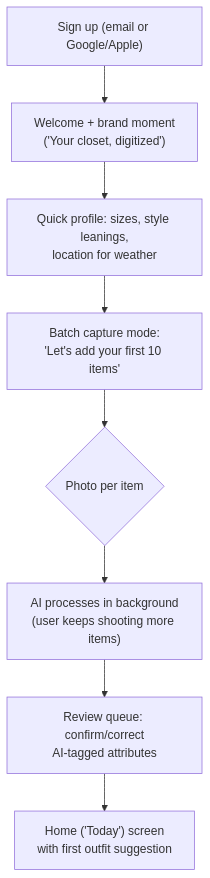
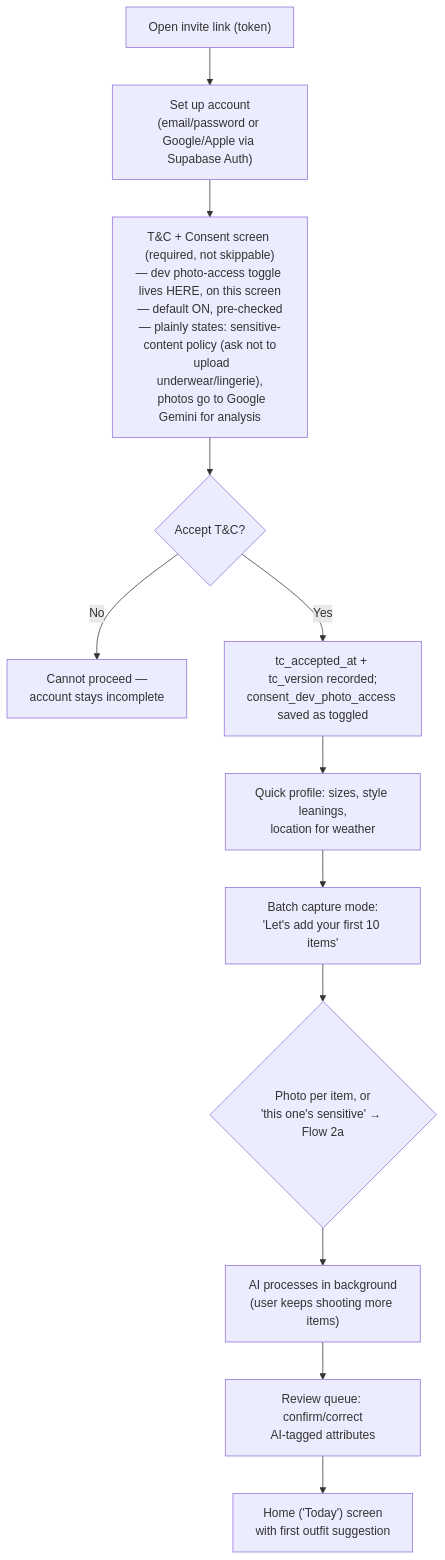
The first of 12 diagrams in docs/design/user-flows.md (vinayakpathak03/everydayjustyou), drawn with Mermaid before and after one commit. The commit also changed other lines of this file and 7 other files, not shown here.

````diff
--- a/docs/design/user-flows.md
+++ b/docs/design/user-flows.md
@@ -5,10 +7,14 @@
 ```mermaid
 flowchart TD
-    A["Sign up (email or Google/Apple)"] --> B["Welcome + brand moment<br/>('Your closet, digitized')"]
-    B --> C["Quick profile: sizes, style leanings,<br/>location for weather"]
+    A["Open invite link (token)"] --> A2["Set up account<br/>(email/password or Google/Apple via Supabase Auth)"]
+    A2 --> B["T&C + Consent screen (required, not skippable)<br/>— dev photo-access toggle lives HERE, on this screen<br/>— default ON, pre-checked<br/>— plainly states: sensitive-content policy (ask not to<br/>&nbsp;&nbsp;upload underwear/lingerie),<br/>&nbsp;&nbsp;photos go to Google Gemini for analysis"]
+    B --> B2{"Accept T&C?"}
+    B2 -->|No| A2note["Cannot proceed —<br/>account stays incomplete"]
+    B2 -->|Yes| B3["tc_accepted_at + tc_version recorded;<br/>consent_dev_photo_access saved as toggled"]
+    B3 --> C["Quick profile: sizes, style leanings,<br/>location for weather"]
     C --> D["Batch capture mode:<br/>'Let's add your first 10 items'"]
-    D --> E{"Photo per item"}
+    D --> E{"Photo per item, or<br/>'this one's sensitive' → Flow 2a"}
     E --> F["AI processes in background<br/>(user keeps shooting more items)"]
     F --> G["Review queue: confirm/correct<br/>AI-tagged attributes"]
     G --> H["Home ('Today') screen<br/>with first outfit suggestion"]
 ```
````
